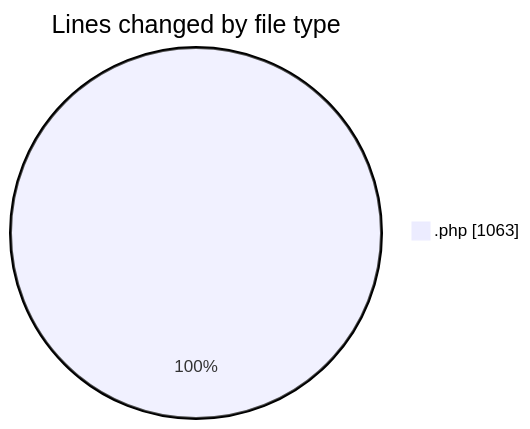
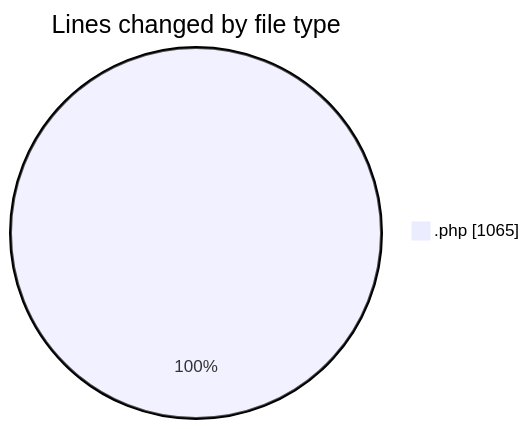
The first of 2 diagrams in 2025-07-02/web/README.md (LanceThiago/code-tracking), drawn with Mermaid before and after one commit. The commit also changed other lines of this file and 1 other file, not shown here.

````diff
--- a/2025-07-02/web/README.md
+++ b/2025-07-02/web/README.md
@@ -26,5 +26,5 @@
 ```mermaid
 pie showData
 title Lines changed by file type
-".php" : 1063
+".php" : 1065
 ```
````
